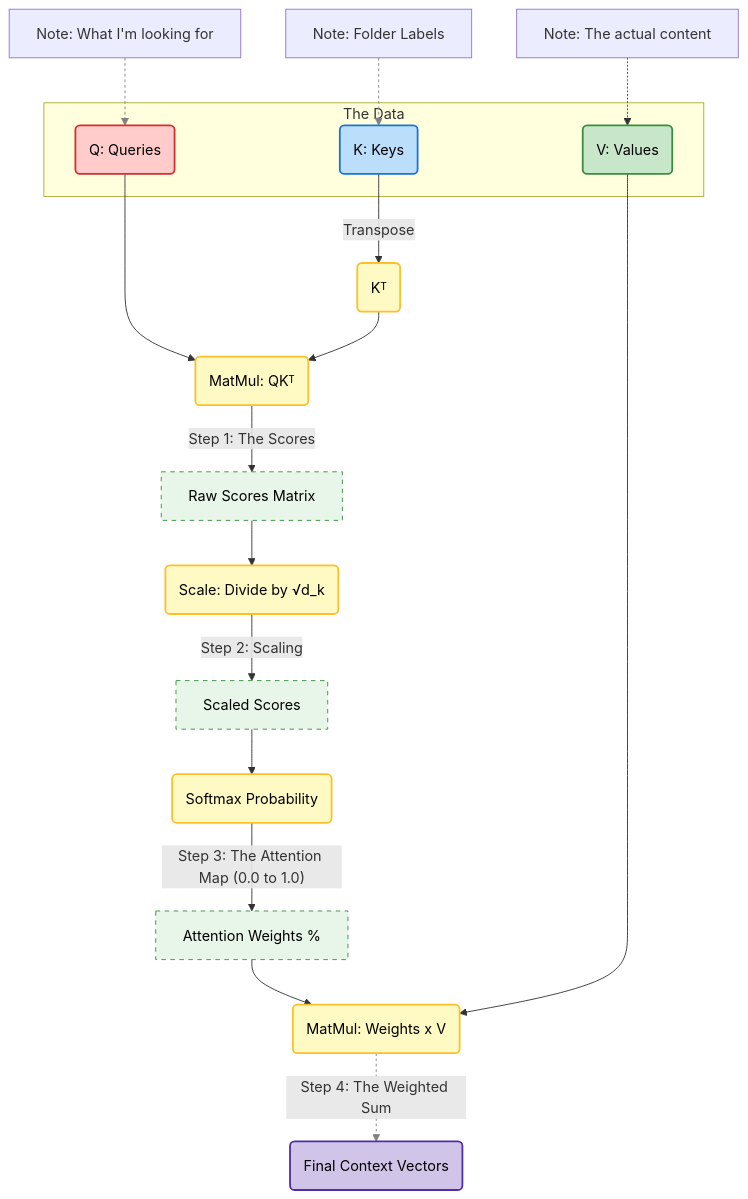
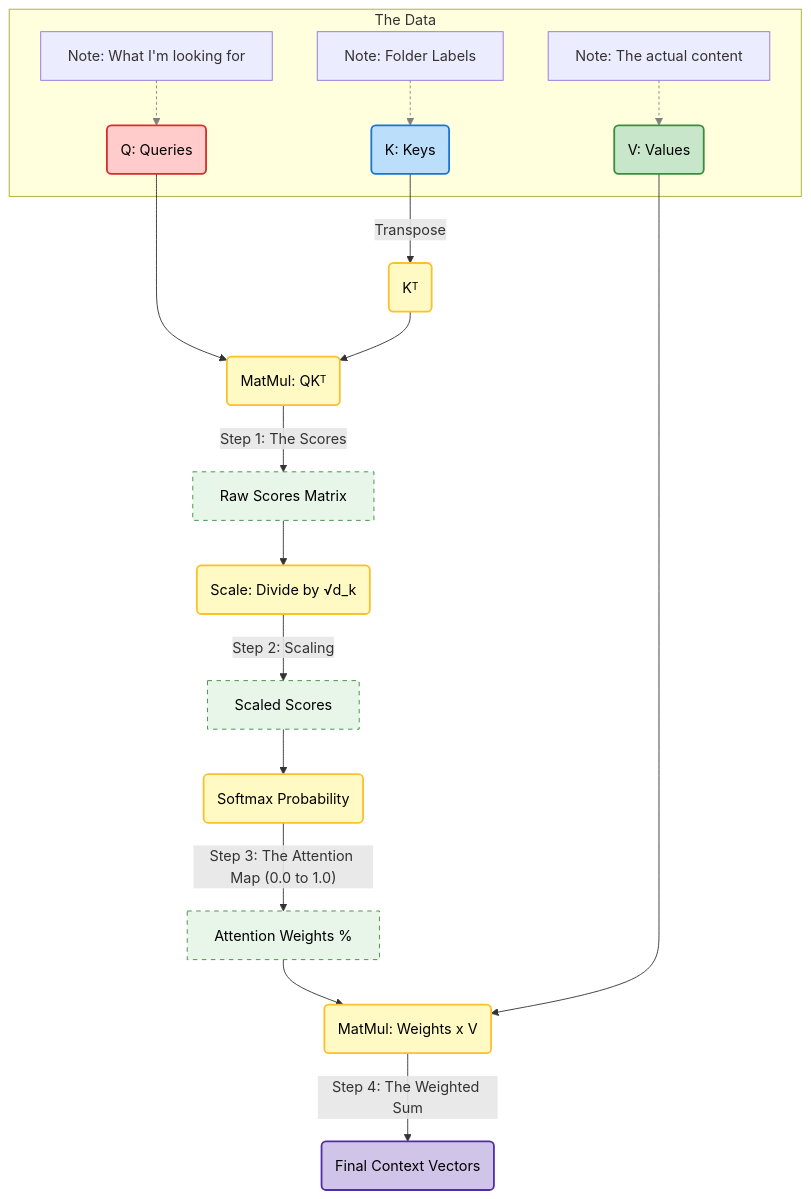
One commit to snowch/snowch.github.io changed the diagram in ai-eng/llmfs/L03_The_Attention_Mechanism.md. Above: the diagram before and after it, drawn with Mermaid.

Commit message:
Fix mermaid diagram layout - move notes inside subgraph
Moved note definitions (noteQ, noteK, noteV) inside the INPUTS subgraph
to prevent dashed annotation lines from crossing the subgraph title.

Changes:
- Defined notes before Q, K, V nodes inside INPUTS block
- Updated linkStyle indices from 10,11,12 to 0,1,2 (indices shifted)

Result: Cleaner diagram with annotation lines contained within subgraph.

````diff
--- a/ai-eng/llmfs/L03_The_Attention_Mechanism.md
+++ b/ai-eng/llmfs/L03_The_Attention_Mechanism.md
@@ -484,49 +484,47 @@
 ```{mermaid}
 graph TD
     %% --- Styling ---
     classDef input fill:#e1f5fe,stroke:#0288d1,stroke-width:2px,color:black;
     classDef operation fill:#fff9c4,stroke:#fbc02d,stroke-width:2px,color:black;
     classDef intermediate fill:#e8f5e9,stroke:#388e3c,stroke-width:1px,stroke-dasharray: 5 5,color:black;
     classDef output fill:#d1c4e9,stroke:#512da8,stroke-width:2px,color:black;
 
     %% --- The Inputs ---
     subgraph INPUTS [The Data]
-        Q(Q: Queries):::input
-        K(K: Keys):::input
-        V(V: Values):::input
+        %% 1. Define Notes inside so lines don't cross the Title
+        noteQ[Note: What I'm looking for] -.-> Q(Q: Queries):::input
+        noteK[Note: Folder Labels] -.-> K(K: Keys):::input
+        noteV[Note: The actual content] -.-> V(V: Values):::input
     end
 
     %% --- Step 1: Scores ---
     K -- Transpose --> KT(Kᵀ):::operation
     Q --> MatMul1(MatMul: QKᵀ):::operation
     KT --> MatMul1
 
     MatMul1 -- "Step 1: The Scores" --> RawScores[Raw Scores Matrix]:::intermediate
 
     %% --- Step 2: Scaling ---
     RawScores --> Scale(Scale: Divide by √d_k):::operation
     Scale -- "Step 2: Scaling" --> ScaledScores[Scaled Scores]:::intermediate
 
     %% --- Step 3: Softmax ---
     ScaledScores --> Softmax(Softmax Probability):::operation
     Softmax -- "Step 3: The Attention Map (0.0 to 1.0)" --> AttnWeights[Attention Weights %]:::intermediate
 
     %% --- Step 4: Weighted Sum ---
     AttnWeights --> MatMul2(MatMul: Weights x V):::operation
     V --> MatMul2
 
     %% --- Final Output ---
     MatMul2 -- "Step 4: The Weighted Sum" --> FinalOut(Final Context Vectors):::output
 
     %% --- Analogy Labels (Optional Helpers) ---
     style Q fill:#ffcccb,stroke:#d32f2f
     style K fill:#bbdefb,stroke:#1976d2
     style V fill:#c8e6c9,stroke:#388e3c
 
-    %% Add notes corresponding to the database analogy
-    noteQ[Note: What I'm looking for] -.-> Q
-    noteK[Note: Folder Labels] -.-> K
-    noteV[Note: The actual content] -.-> V
-
-    linkStyle 10,11,12 stroke-width:1px,fill:none,stroke:gray,stroke-dasharray: 3 3;
+    %% --- Link Styling ---
+    %% Updated indices to 0,1,2 because the Note links are now defined first (at the top)
+    linkStyle 0,1,2 stroke-width:1px,fill:none,stroke:gray,stroke-dasharray: 3 3;
 ```
````
